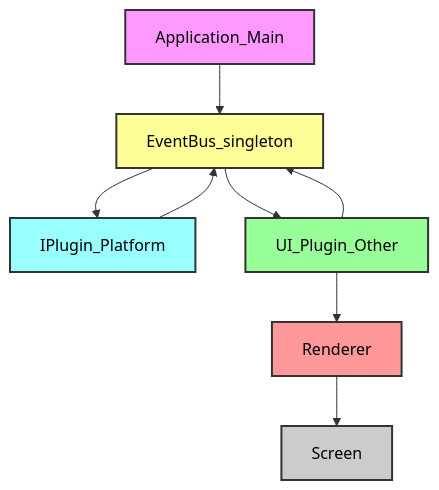
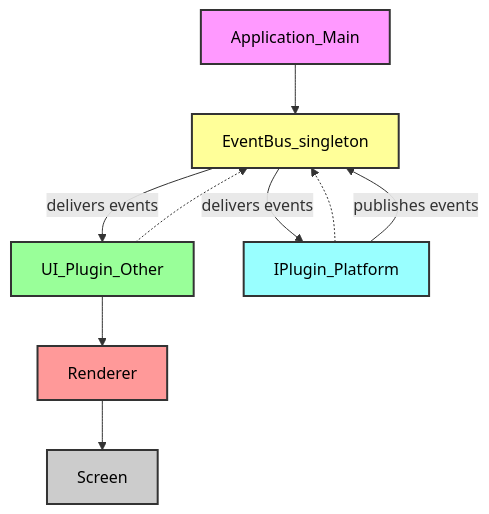
The diagram in README.md (BobroveITGroup/UI_CORE), drawn with Mermaid before and after one commit. The commit also changed other lines of this file, not shown here.

````diff
--- a/README.md
+++ b/README.md
@@ -49,17 +49,25 @@
 ```mermaid
 flowchart TD
     A[Application_Main] --> B[EventBus_singleton]
-    B --> C[IPlugin_Platform]
-    C --> B
-    B --> D[UI_Plugin_Other]
-    D --> B
+    
+    %% Подписка плагинов на события
+    D[UI_Plugin_Other] -.-> B
+    C[IPlugin_Platform] -.-> B
+
+    %% Публикация событий от платформы
+    C -->|publishes events| B
+    B -->|delivers events| D
+    B -->|delivers events| C
+
+    %% Рендер
     D --> E[Renderer]
     E --> F[Screen]
 
+    %% Стиль блоков
     style A fill:#f9f,stroke:#333,stroke-width:2px,color:#000
     style B fill:#ff9,stroke:#333,stroke-width:2px,color:#000
     style C fill:#9ff,stroke:#333,stroke-width:2px,color:#000
     style D fill:#9f9,stroke:#333,stroke-width:2px,color:#000
     style E fill:#f99,stroke:#333,stroke-width:2px,color:#000
     style F fill:#ccc,stroke:#333,stroke-width:2px,color:#000
 ```
````
